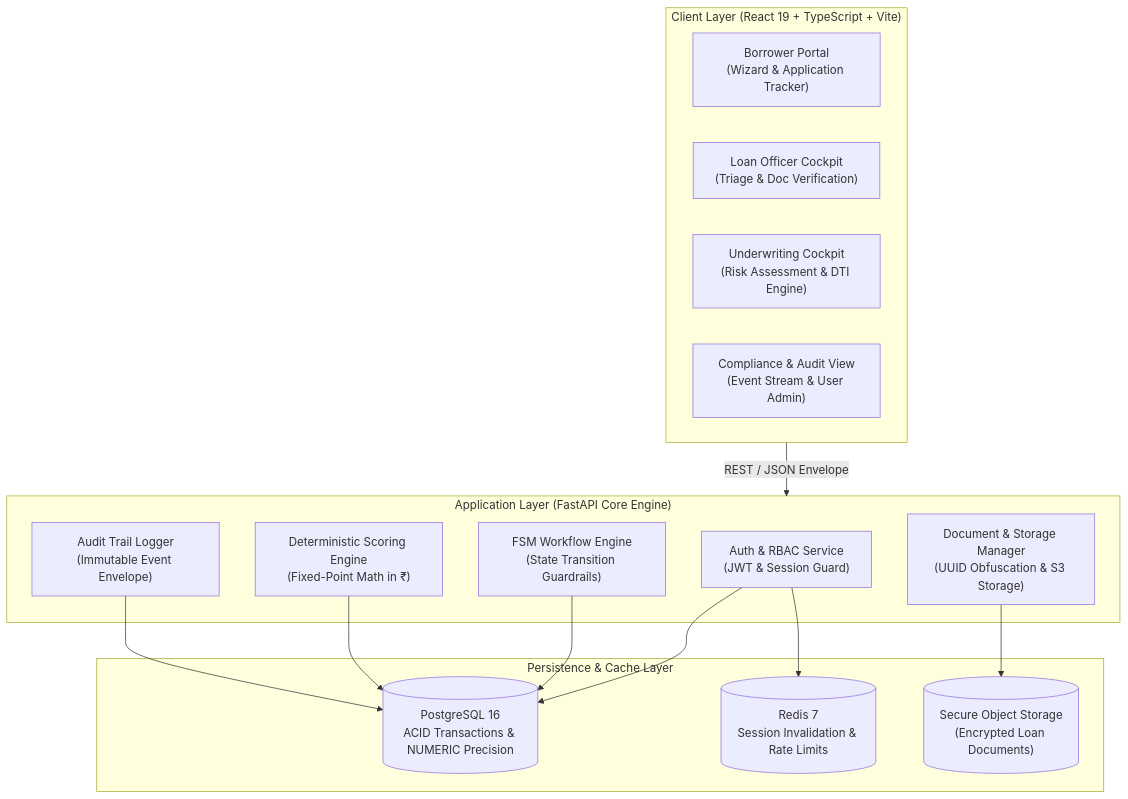
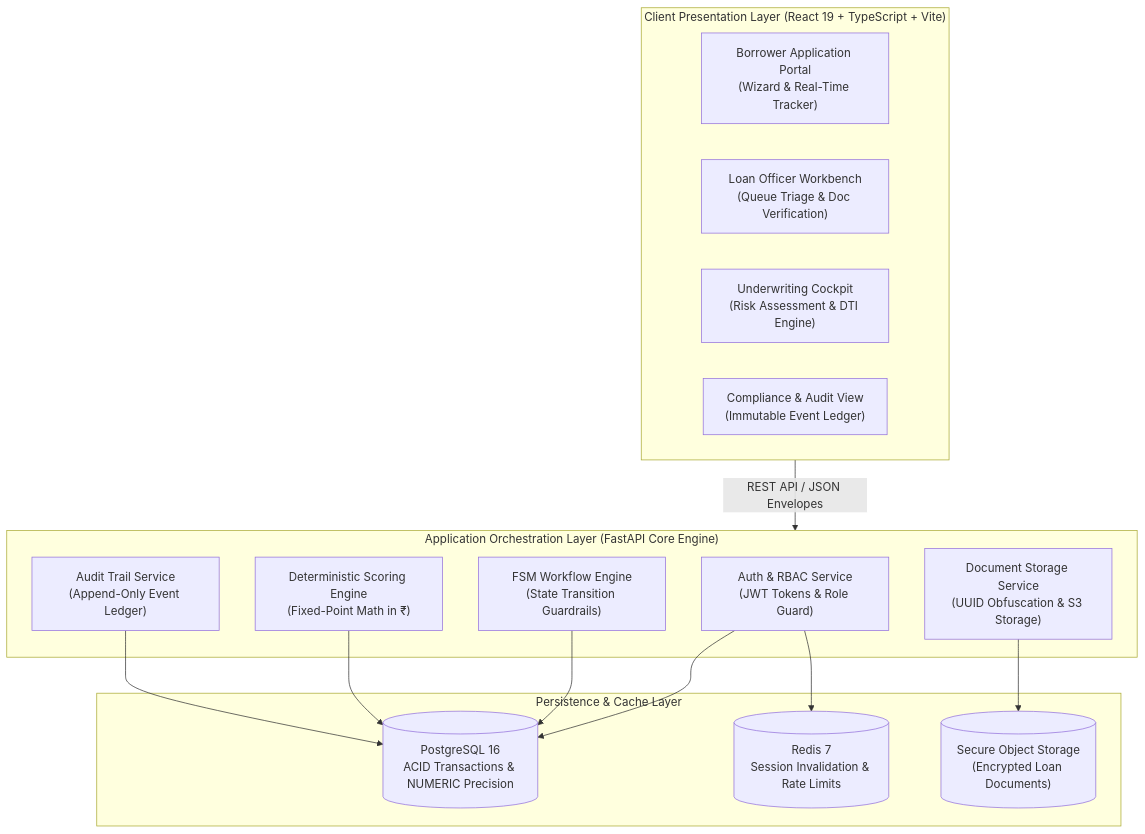
One commit to calligraphyguruji/CredVidhi changed the first of 2 diagrams in README.md. Above: the diagram before and after it, drawn with Mermaid. The commit also changed other lines of this file, not shown here.

Commit message:
docs: enrich README with comprehensive enterprise fintech architecture, math specs, and UI breakdown

````diff
--- a/README.md
+++ b/README.md
@@ -68,31 +104,31 @@
 ```mermaid
 graph TB
-    subgraph Client ["Client Layer (React 19 + TypeScript + Vite)"]
-        UI_Borrower["Borrower Portal<br/>(Wizard & Application Tracker)"]
-        UI_Officer["Loan Officer Cockpit<br/>(Triage & Doc Verification)"]
+    subgraph Client ["Client Presentation Layer (React 19 + TypeScript + Vite)"]
+        UI_Borrower["Borrower Application Portal<br/>(Wizard & Real-Time Tracker)"]
+        UI_Officer["Loan Officer Workbench<br/>(Queue Triage & Doc Verification)"]
         UI_Underwriter["Underwriting Cockpit<br/>(Risk Assessment & DTI Engine)"]
-        UI_Admin["Compliance & Audit View<br/>(Event Stream & User Admin)"]
+        UI_Admin["Compliance & Audit View<br/>(Immutable Event Ledger)"]
     end
 
-    subgraph API ["Application Layer (FastAPI Core Engine)"]
-        AuthService["Auth & RBAC Service<br/>(JWT & Session Guard)"]
+    subgraph Core ["Application Orchestration Layer (FastAPI Core Engine)"]
+        AuthService["Auth & RBAC Service<br/>(JWT Tokens & Role Guard)"]
         WorkflowEngine["FSM Workflow Engine<br/>(State Transition Guardrails)"]
         UnderwritingEngine["Deterministic Scoring Engine<br/>(Fixed-Point Math in ₹)"]
-        DocService["Document & Storage Manager<br/>(UUID Obfuscation & S3 Storage)"]
-        AuditService["Audit Trail Logger<br/>(Immutable Event Envelope)"]
+        DocService["Document Storage Service<br/>(UUID Obfuscation & S3 Storage)"]
+        AuditService["Audit Trail Service<br/>(Append-Only Event Ledger)"]
     end
 
     subgraph Data ["Persistence & Cache Layer"]
         DB[(PostgreSQL 16<br/>ACID Transactions & NUMERIC Precision)]
         Redis[(Redis 7<br/>Session Invalidation & Rate Limits)]
         S3Storage[("Secure Object Storage<br/>(Encrypted Loan Documents)")]
     end
 
-    Client -->|REST / JSON Envelope| API
+    Client -->|REST API / JSON Envelopes| Core
     AuthService --> DB
     WorkflowEngine --> DB
     UnderwritingEngine --> DB
     DocService --> S3Storage
     AuditService --> DB
     AuthService --> Redis
 ```
````
